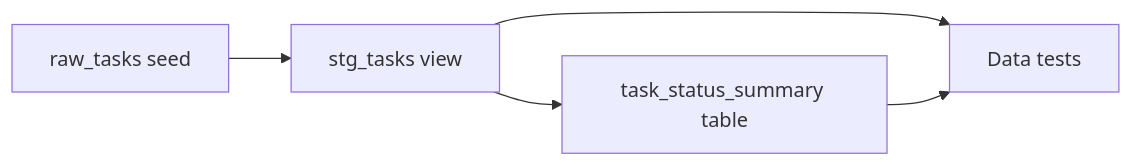
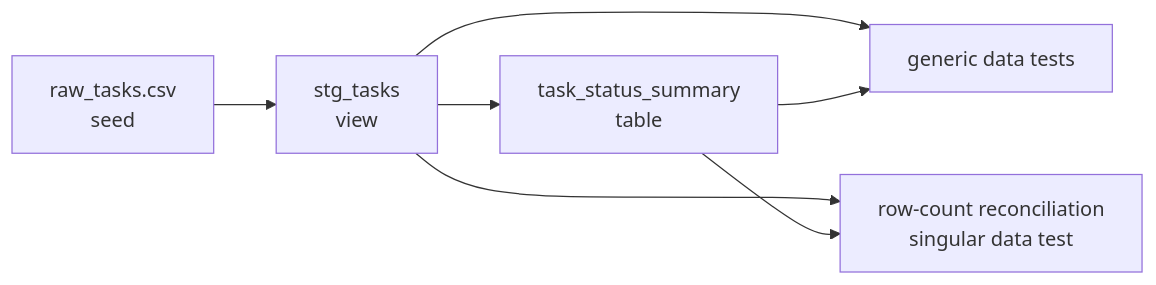
The diagram in docs/dbt.md (ks6088ts-labs/template-azure-python), drawn with Mermaid before and after one commit. The commit also changed other lines of this file and 1 other file, not shown here.

````diff
--- a/docs/dbt.md
+++ b/docs/dbt.md
@@ -11,7 +91,9 @@
 ```mermaid
 flowchart LR
-    seed["raw_tasks seed"] --> staging["stg_tasks view"]
-    staging --> mart["task_status_summary table"]
-    staging --> tests["Data tests"]
+    seed["raw_tasks.csv<br>seed"] --> staging["stg_tasks<br>view"]
+    staging --> mart["task_status_summary<br>table"]
+    staging --> tests["generic data tests"]
     mart --> tests
+    staging --> singular["row-count reconciliation<br>singular data test"]
+    mart --> singular
 ```
````
